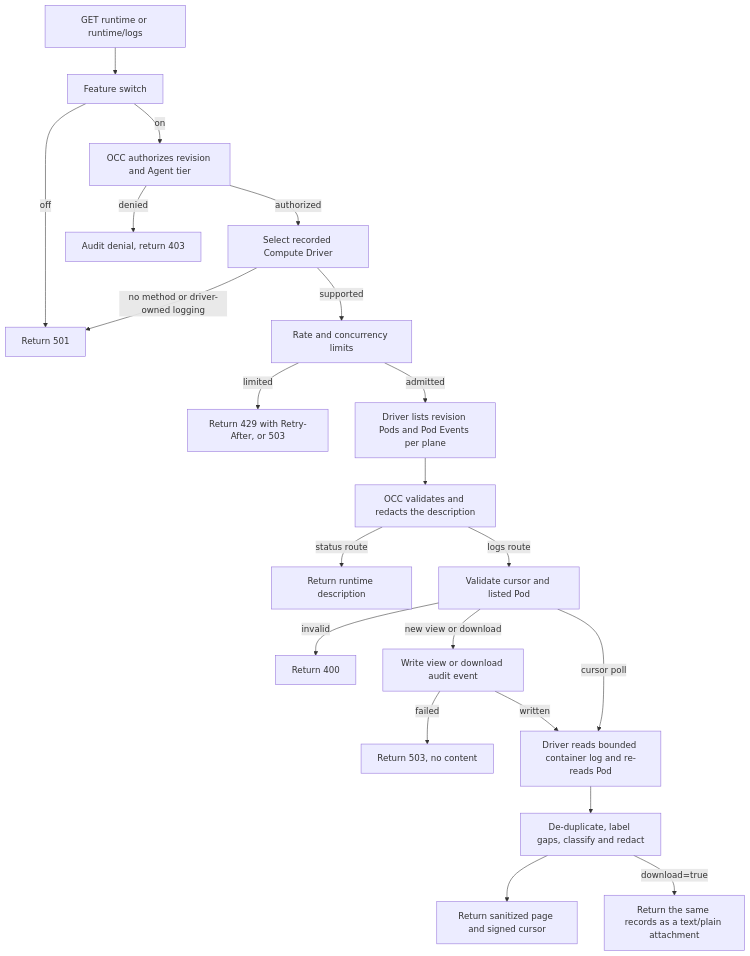
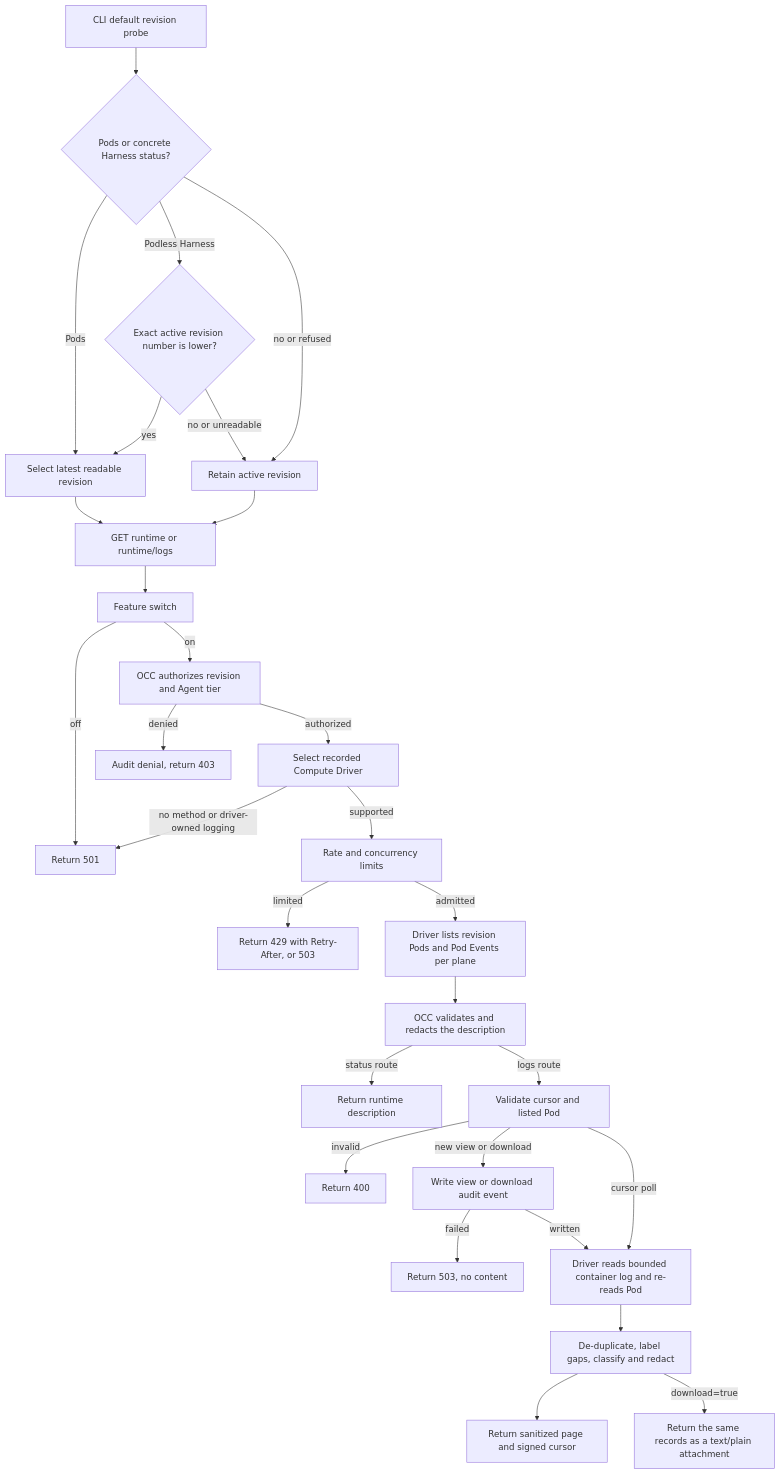
One commit to PalmPalm7/openclaw-enterprise changed the diagram in docs/flows/agent-runtime-logs.md. Above: the diagram before and after it, drawn with Mermaid. The commit also changed other lines of this file and 5 other files, not shown here.

First line of the commit message:
fix(cli): select newer provider Harness runtime diagnostics (#2478)

````diff
--- a/docs/flows/agent-runtime-logs.md
+++ b/docs/flows/agent-runtime-logs.md
@@ -35,23 +33,31 @@
 ```mermaid
 graph TD
-  A["GET runtime or runtime/logs"] --> B["Feature switch"]
+  V["CLI default revision probe"] --> W{"Pods or concrete Harness status?"}
+  W -->|Pods| X["Select latest readable revision"]
+  W -->|Podless Harness| Z{"Exact active revision number is lower?"}
+  Z -->|yes| X
+  Z -->|no or unreadable| Y
+  W -->|no or refused| Y["Retain active revision"]
+  X --> A["GET runtime or runtime/logs"]
+  Y --> A
+  A --> B["Feature switch"]
   B -->|off| C["Return 501"]
   B -->|on| E["OCC authorizes revision and Agent tier"]
   E -->|denied| F["Audit denial, return 403"]
   E -->|authorized| G["Select recorded Compute Driver"]
   G -->|no method or driver-owned logging| C
   G -->|supported| S["Rate and concurrency limits"]
   S -->|limited| D["Return 429 with Retry-After, or 503"]
   S -->|admitted| H["Driver lists revision Pods and Pod Events per plane"]
   H --> I["OCC validates and redacts the description"]
   I -->|status route| J["Return runtime description"]
   I -->|logs route| K["Validate cursor and listed Pod"]
   K -->|invalid| L["Return 400"]
   K -->|new view or download| M["Write view or download audit event"]
   M -->|failed| N["Return 503, no content"]
   M -->|written| O["Driver reads bounded container log and re-reads Pod"]
   K -->|cursor poll| O
   O --> P["De-duplicate, label gaps, classify and redact"]
   P --> Q["Return sanitized page and signed cursor"]
   P -->|download=true| R["Return the same records as a text/plain attachment"]
 ```
````
